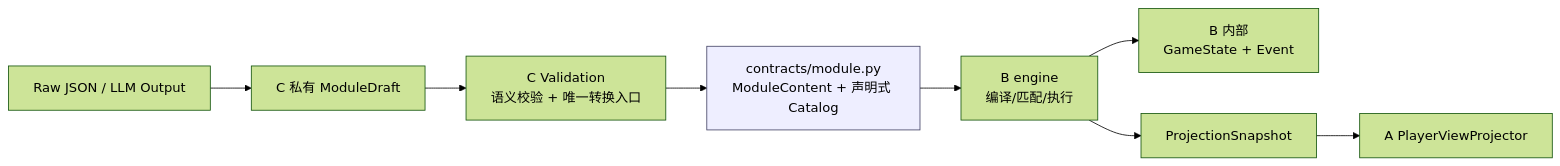
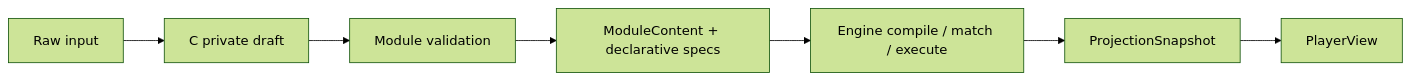
Before and after one commit to 1024XEngineer/TRPG-master: the second of 3 diagrams in agent-collaboration-framework/docs/architecture.md, drawn with Mermaid (forest theme). The commit also changed other lines of this file and 81 other files, not shown here.

````diff
--- a/agent-collaboration-framework/docs/architecture.md
+++ b/agent-collaboration-framework/docs/architecture.md
@@ -198,12 +100,9 @@
 ```mermaid
 flowchart LR
-    RAW["Raw JSON / LLM Output"] --> DRAFT["C 私有 ModuleDraft"]
-    DRAFT --> VALIDATE["C Validation<br/>语义校验 + 唯一转换入口"]
-    VALIDATE --> CONTRACT["contracts/module.py<br/>ModuleContent + 声明式 Catalog"]
-    CONTRACT --> ENGINE["B engine<br/>编译/匹配/执行"]
-    ENGINE --> STATE["B 内部<br/>GameState + Event"]
+    RAW["Raw input"] --> DRAFT["C private draft"]
+    DRAFT --> VALIDATE["Module validation"]
+    VALIDATE --> CONTRACT["ModuleContent + declarative specs"]
+    CONTRACT --> ENGINE["Engine compile / match / execute"]
     ENGINE --> SNAP["ProjectionSnapshot"]
-    SNAP --> VIEW["A PlayerViewProjector"]
-
-    style CONTRACT fill:#eef,stroke:#446
+    SNAP --> VIEW["PlayerView"]
 ```
````
